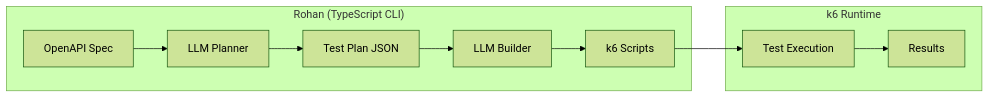
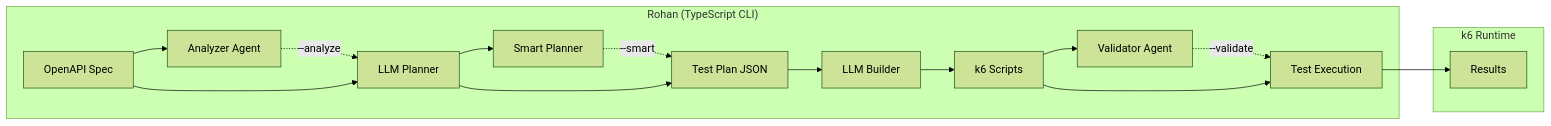
Before and after one commit to mood-agency/relay: the diagram in README.md, drawn with Mermaid (forest theme). The commit also changed other lines of this file and 17 other files, not shown here.

````diff
--- a/README.md
+++ b/README.md
@@ -491,13 +672,19 @@
 ```mermaid
 flowchart LR
     subgraph Rohan["Rohan (TypeScript CLI)"]
-        A["OpenAPI Spec"] --> B["LLM Planner"]
+        A["OpenAPI Spec"] --> AA["Analyzer Agent"]
+        AA -.->|"--analyze"| B
+        A --> B["LLM Planner"]
+        B --> BB["Smart Planner"]
+        BB -.->|"--smart"| C
         B --> C["Test Plan JSON"]
         C --> D["LLM Builder"]
         D --> E["k6 Scripts"]
+        E --> EE["Validator Agent"]
+        EE -.->|"--validate"| F
     end
     subgraph K6["k6 Runtime"]
         E --> F["Test Execution"]
         F --> G["Results"]
     end
 ```
````
